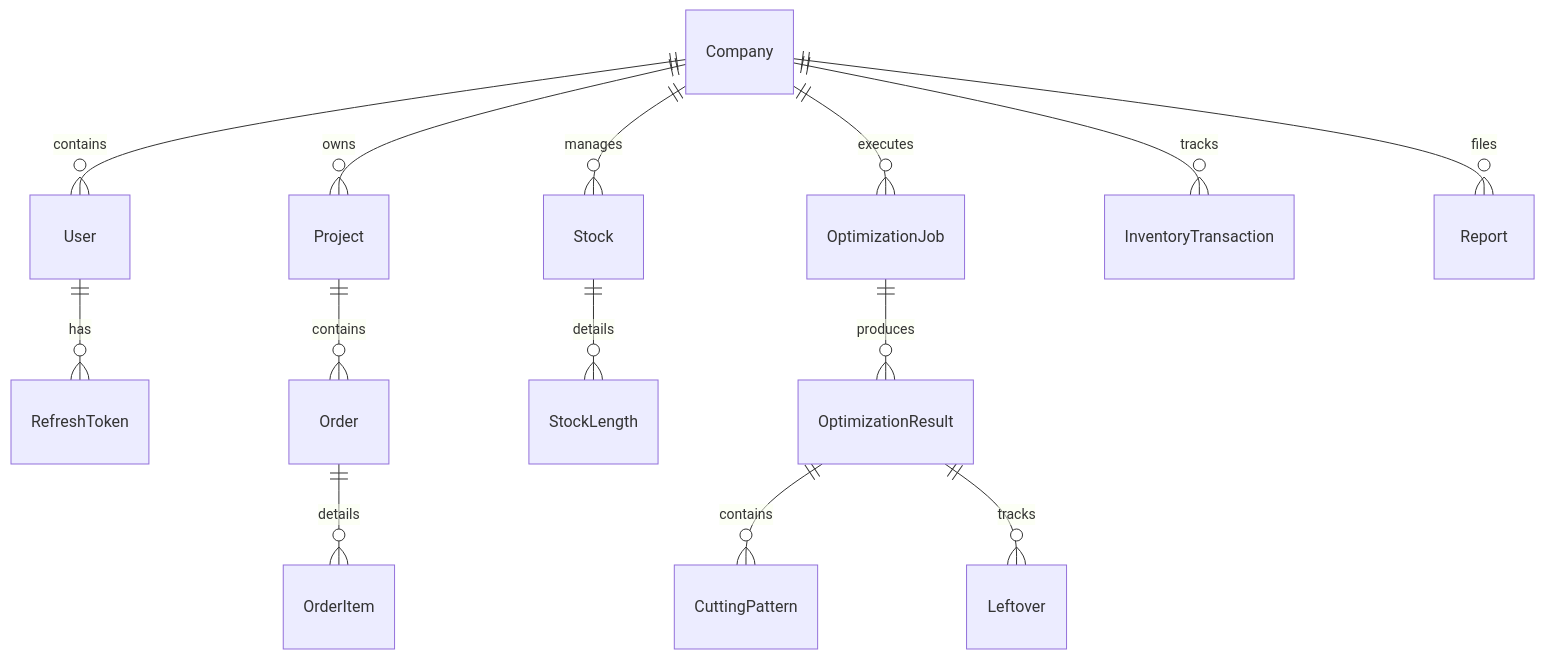
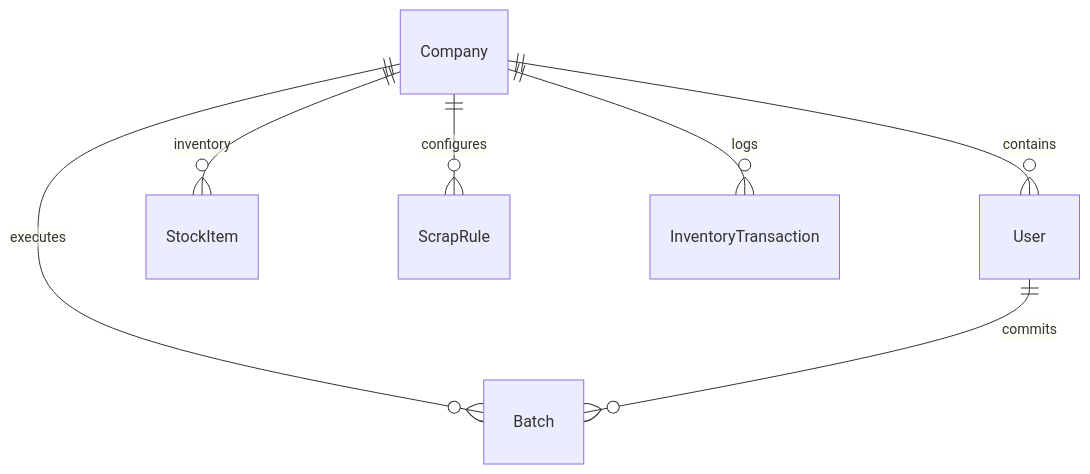
One commit to ketandasalaniya1/RebarOptima changed the diagram in README_AI.md. Above: the diagram before and after it, drawn with Mermaid. The commit also changed other lines of this file and 150 other files, not shown here.

````diff
--- a/README_AI.md
+++ b/README_AI.md
@@ -59,18 +50,10 @@
 ```mermaid
 erDiagram
     Company ||--o{ User : contains
-    Company ||--o{ Project : owns
-    Company ||--o{ Stock : manages
-    Company ||--o{ OptimizationJob : executes
-    Company ||--o{ InventoryTransaction : tracks
-    Company ||--o{ Report : files
+    Company ||--o{ StockItem : inventory
+    Company ||--o{ ScrapRule : configures
+    Company ||--o{ InventoryTransaction : logs
+    Company ||--o{ Batch : executes
 
-    User ||--o{ RefreshToken : has
-    Project ||--o{ Order : contains
-    Stock ||--o{ StockLength : details
-    Order ||--o{ OrderItem : details
-
-    OptimizationJob ||--o{ OptimizationResult : produces
-    OptimizationResult ||--o{ CuttingPattern : contains
-    OptimizationResult ||--o{ Leftover : tracks
+    User ||--o{ Batch : commits
 ```
````
